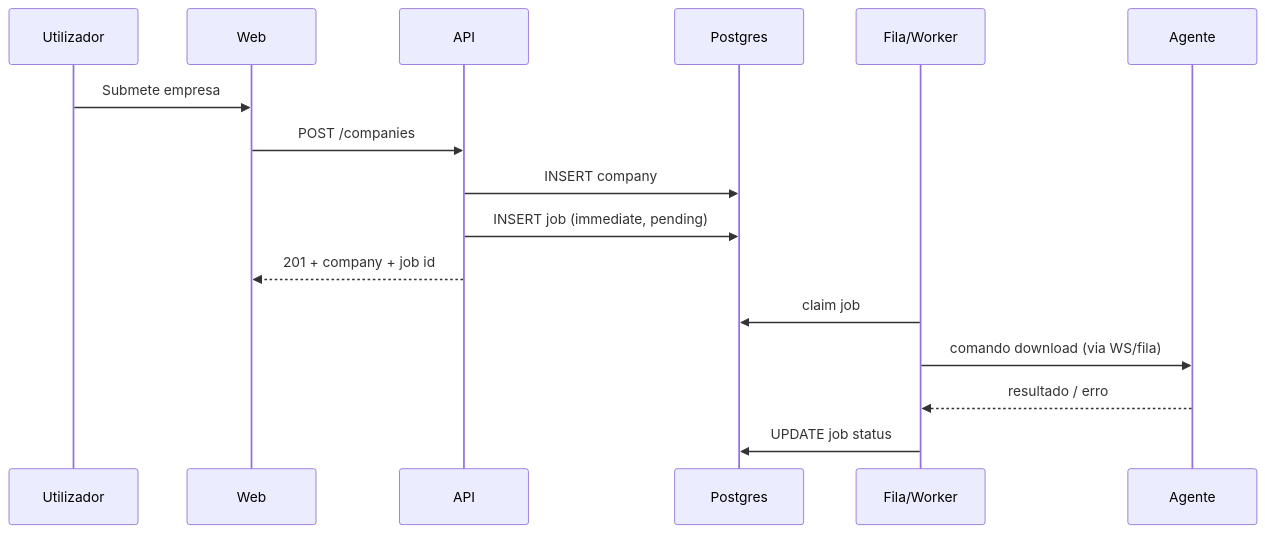
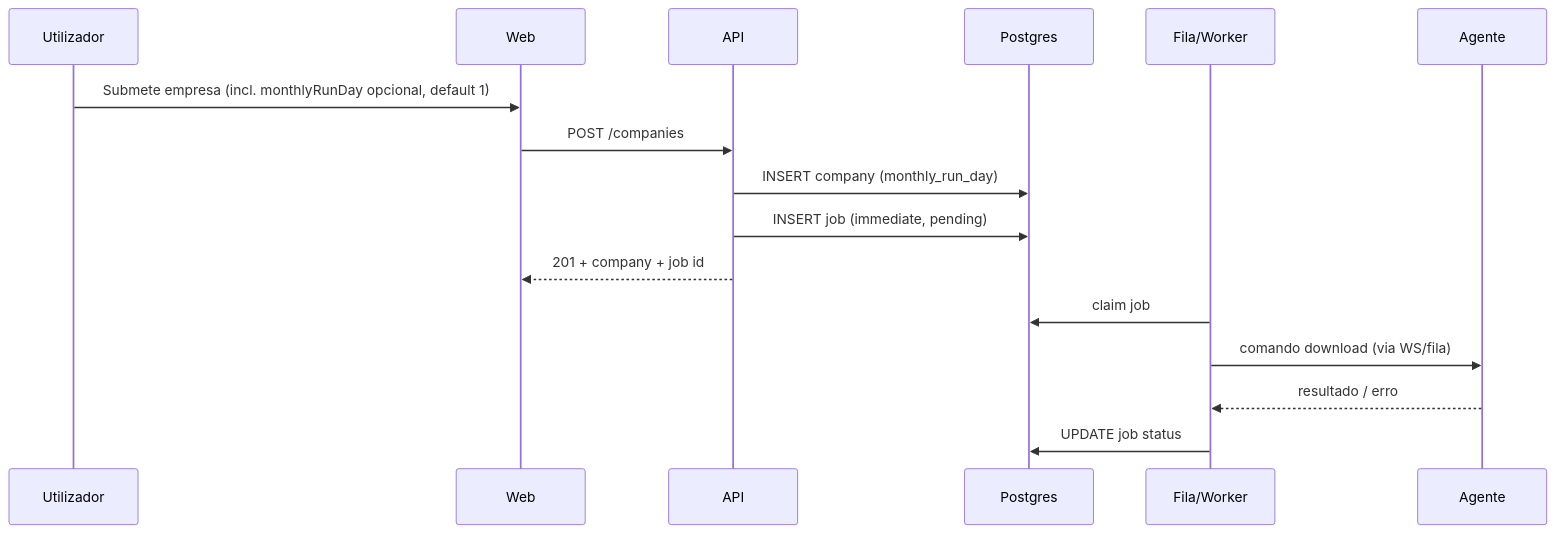
Before and after one commit to Leonardo-Richard/Por-enquanto-n-o-fa-o-ideia: the second of 4 diagrams in docs/architecture.md, drawn with Mermaid. The commit also changed other lines of this file and 27 other files, not shown here.

First line of the commit message:
feat(web): implement monthly run day configuration for companies

````diff
--- a/docs/architecture.md
+++ b/docs/architecture.md
@@ -324,19 +325,19 @@
 ```mermaid
 sequenceDiagram
   participant U as Utilizador
   participant W as Web
   participant API as API
   participant DB as Postgres
   participant Q as Fila/Worker
   participant AG as Agente
 
-  U->>W: Submete empresa
+  U->>W: Submete empresa (incl. monthlyRunDay opcional, default 1)
   W->>API: POST /companies
-  API->>DB: INSERT company
+  API->>DB: INSERT company (monthly_run_day)
   API->>DB: INSERT job (immediate, pending)
   API-->>W: 201 + company + job id
   Q->>DB: claim job
   Q->>AG: comando download (via WS/fila)
   AG-->>Q: resultado / erro
   Q->>DB: UPDATE job status
 ```
````
